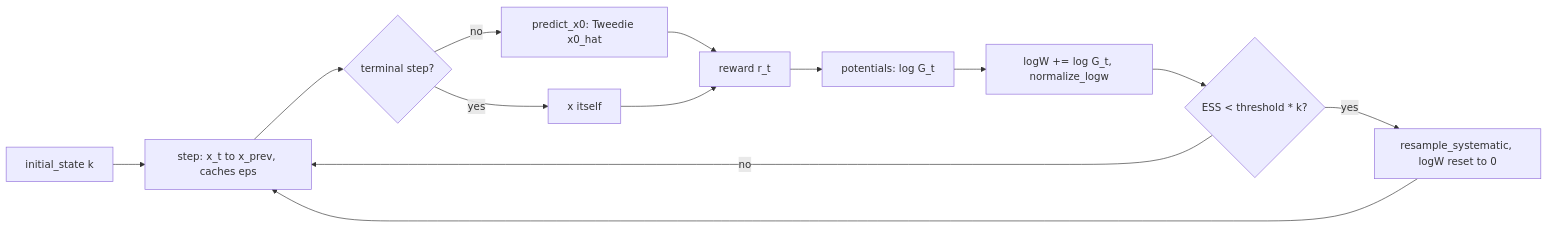
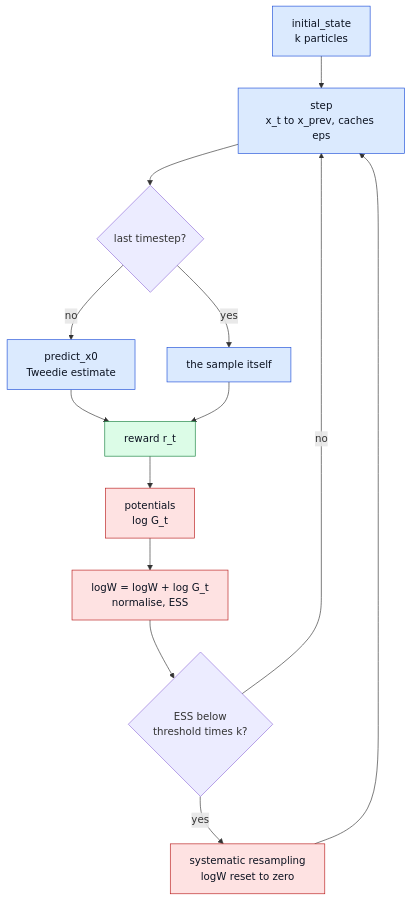
One commit to fogatogl/FK_steering_implementation changed the first of 6 diagrams in docs/architecture.md. Above: the diagram before and after it, drawn with Mermaid. The commit also changed other lines of this file, not shown here.

Commit message:
the six diagrams read top to bottom, inside the text column, with one colour code for the roles

````diff
--- a/docs/architecture.md
+++ b/docs/architecture.md
@@ -18,15 +22,19 @@
 ```mermaid
-flowchart LR
-    A["initial_state k"] --> B["step: x_t to x_prev, caches eps"]
-    B --> C{"terminal step?"}
-    C -- "no" --> D["predict_x0: Tweedie x0_hat"]
-    C -- "yes" --> E["x itself"]
-    D --> F["reward r_t"]
+flowchart TB
+    A["initial_state<br>k particles"]:::gen
+    A --> B["step<br>x_t to x_prev, caches eps"]:::gen
+    B --> C{"last timestep?"}
+    C -- no --> D["predict_x0<br>Tweedie estimate"]:::gen
+    C -- yes --> E["the sample itself"]:::gen
+    D --> F["reward r_t"]:::guide
     E --> F
-    F --> G["potentials: log G_t"]
-    G --> H["logW += log G_t, normalize_logw"]
-    H --> I{"ESS < threshold * k?"}
-    I -- "yes" --> J["resample_systematic, logW reset to 0"]
-    I -- "no" --> B
+    F --> G["potentials<br>log G_t"]:::smc
+    G --> H["logW = logW + log G_t<br>normalise, ESS"]:::smc
+    H --> I{"ESS below<br>threshold times k?"}
+    I -- yes --> J["systematic resampling<br>logW reset to zero"]:::smc
+    I -- no --> B
     J --> B
+    classDef gen fill:#dbeafe,stroke:#1d4ed8,stroke-width:1px,color:#0b1220
+    classDef guide fill:#dcfce7,stroke:#15803d,stroke-width:1px,color:#0b1220
+    classDef smc fill:#fee2e2,stroke:#b91c1c,stroke-width:1px,color:#0b1220
 ```
````
